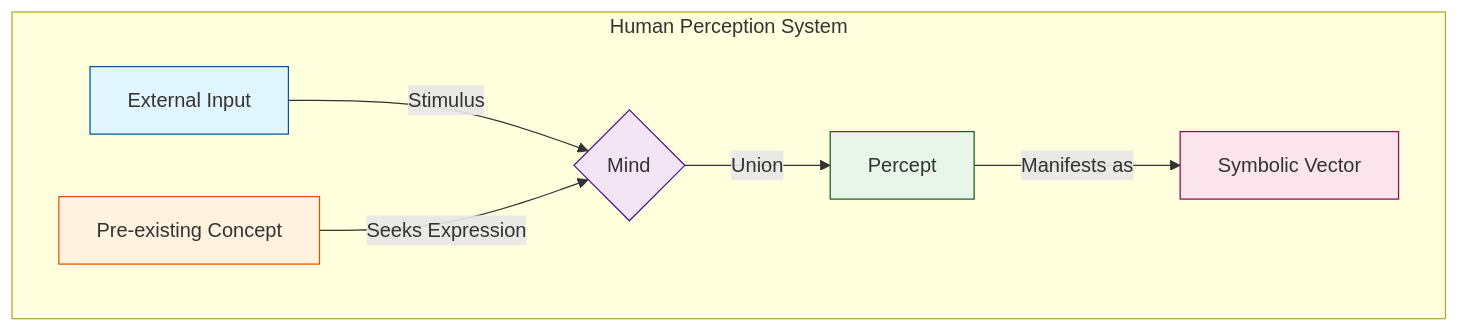
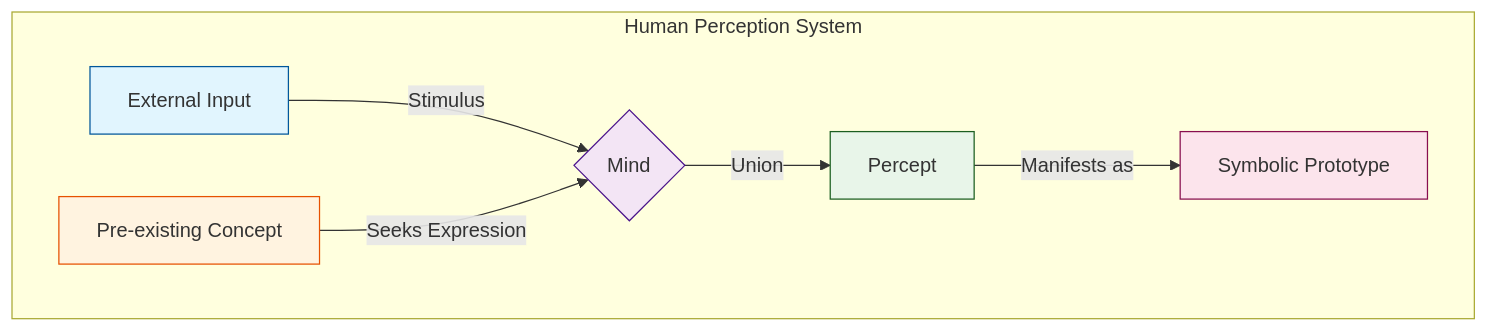
One commit to heavyblotto/memorativa changed the first of 2 diagrams in docs/memorativa-design.md. Above: the diagram before and after it, drawn with Mermaid. The commit also changed other lines of this file, not shown here.

````diff
--- a/docs/memorativa-design.md
+++ b/docs/memorativa-design.md
@@ -13,21 +13,21 @@
 ```mermaid
 graph TD
     subgraph "Human Perception System"
         I[External Input] --> |Stimulus| M{Mind}
         C[Pre-existing Concept] --> |Seeks Expression| M
         M --> |Union| P[Percept]
-        P --> |Manifests as| S[Symbolic Vector]
+        P --> |Manifests as| S[Symbolic Prototype]
     end
 
     classDef input fill:#e1f5fe,stroke:#01579b
     classDef concept fill:#fff3e0,stroke:#e65100
     classDef mind fill:#f3e5f5,stroke:#4a148c
     classDef percept fill:#e8f5e9,stroke:#1b5e20
     classDef symbol fill:#fce4ec,stroke:#880e4f
 
     class I input
     class C concept
     class M mind
     class P percept
     class S symbol
 ```
````
